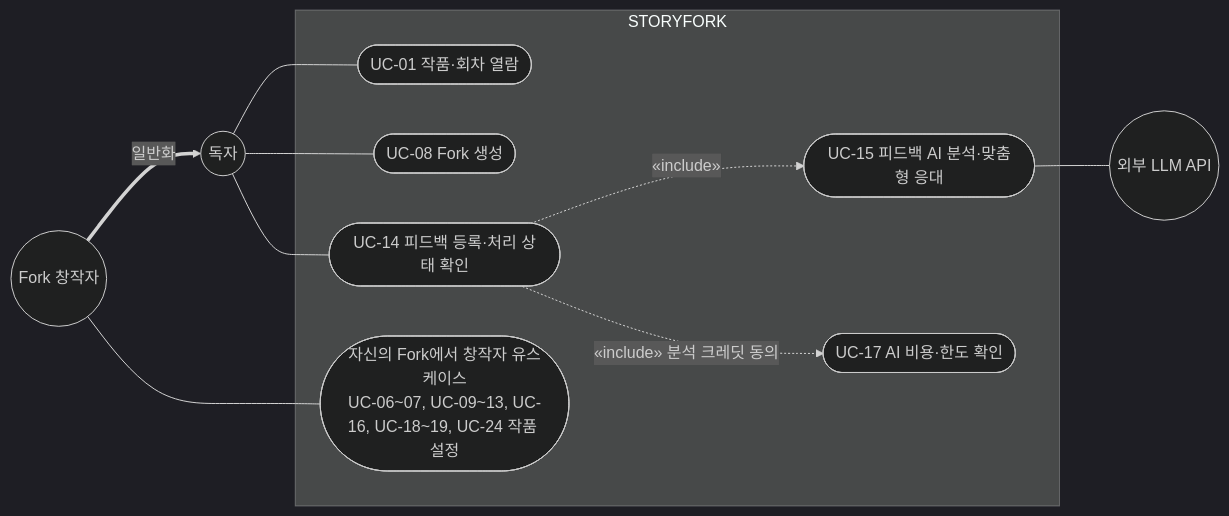
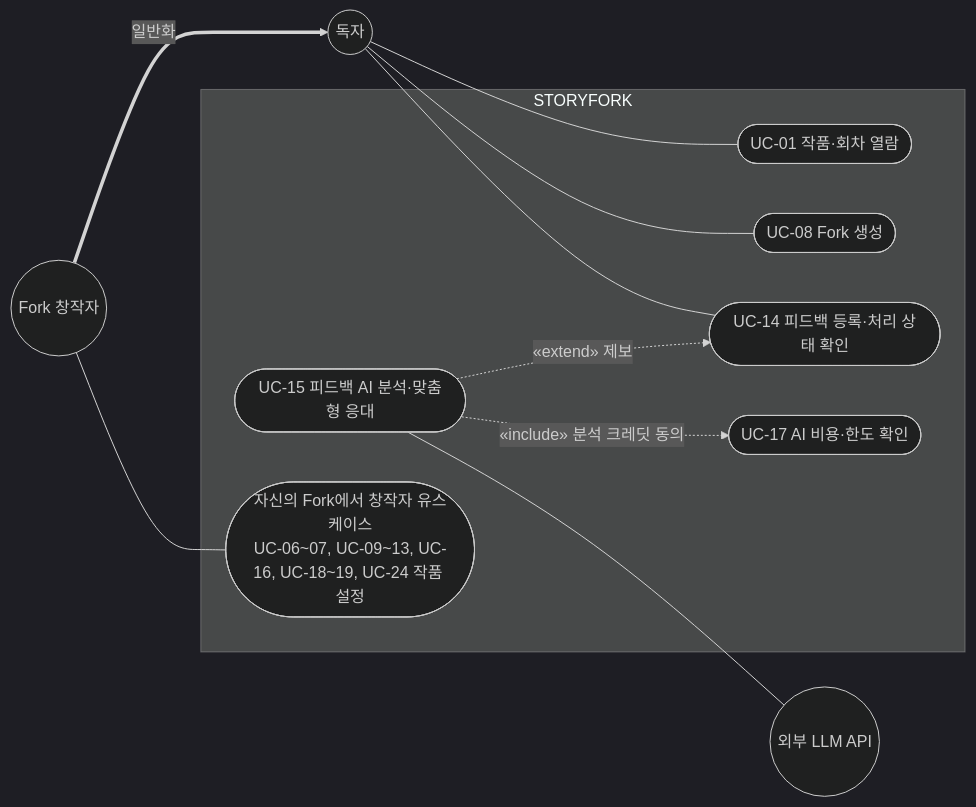
The third of 9 diagrams in docs/usecase.md (SKNETWORKS-FAMILY-AICAMP/SKN34-FINAL-4TEAM), drawn with Mermaid (dark theme) before and after one commit. The commit also changed other lines of this file and 17 other files, not shown here.

````diff
--- a/docs/usecase.md
+++ b/docs/usecase.md
@@ -175,22 +175,22 @@
 ```mermaid
 flowchart LR
   R(("독자"))
   F(("Fork 창작자"))
   L(("외부 LLM API"))
   subgraph SYS["STORYFORK"]
     U01(["UC-01 작품·회차 열람"])
     U08(["UC-08 Fork 생성"])
     U14(["UC-14 피드백 등록·처리 상태 확인"])
     U15(["UC-15 피드백 AI 분석·맞춤형 응대"])
     U17(["UC-17 AI 비용·한도 확인"])
     OWN(["자신의 Fork에서 창작자 유스케이스<br/>UC-06~07, UC-09~13, UC-16, UC-18~19, UC-24 작품 설정"])
   end
   R --- U01
   R --- U08
   R --- U14
-  U14 -.->|"«include»"| U15
-  U14 -.->|"«include» 분석 크레딧 동의"| U17
+  U15 -.->|"«extend» 제보"| U14
+  U15 -.->|"«include» 분석 크레딧 동의"| U17
   U15 --- L
   F ==>|"일반화"| R
   F --- OWN
 ```
````
